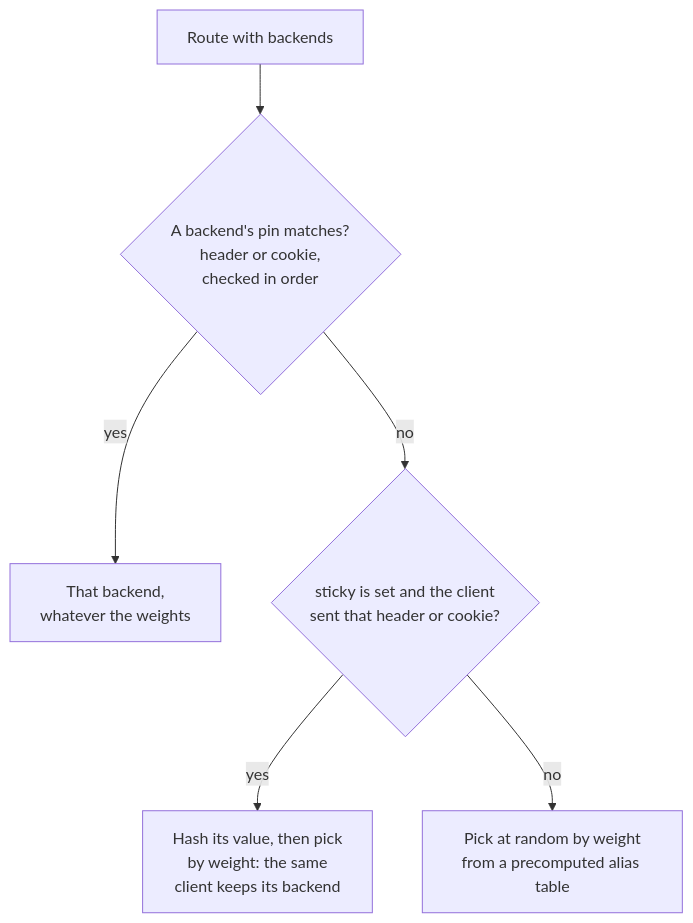
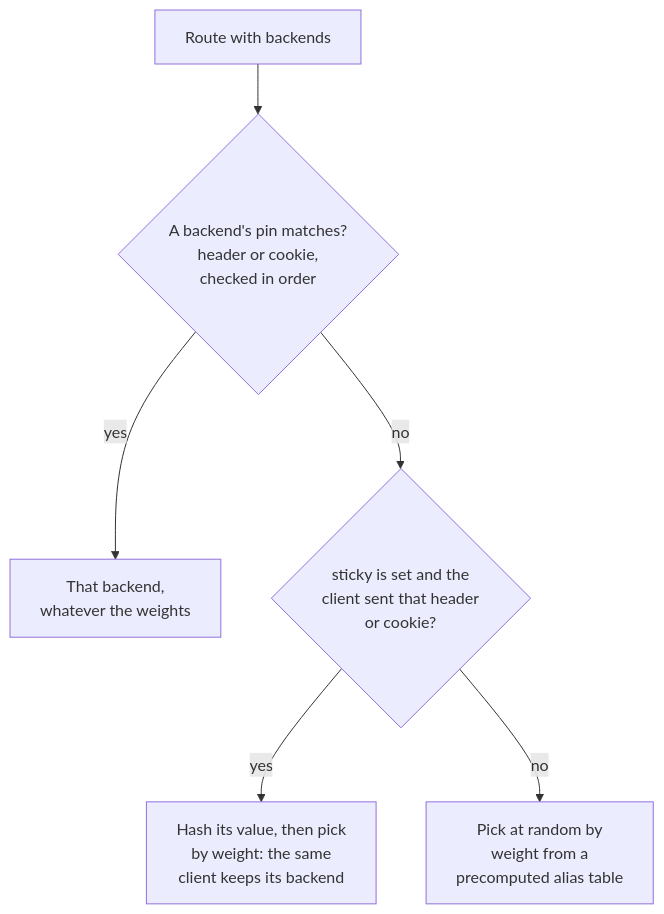
The third of 6 diagrams in docs/design/proxy-routing.md (BlivionIaG/sjws_nettask), drawn with Mermaid before and after one commit. The commit also changed other lines of this file and 19 other files, not shown here.

First line of the commit message:
docs: fix the diagrams the fact-check found imprecise

````diff
--- a/docs/design/proxy-routing.md
+++ b/docs/design/proxy-routing.md
@@ -91,8 +91,8 @@
 ```mermaid
 flowchart TD
     r["Route with backends"] --> p{"A backend's pin matches?<br/>header or cookie,<br/>checked in order"}
     p -->|yes| pb["That backend,<br/>whatever the weights"]
-    p -->|no| s{"sticky is set and the client<br/>sent that header or cookie?"}
+    p -->|no| s{"sticky is set and the<br/>client sent that header<br/>or cookie?"}
     s -->|yes| sb["Hash its value, then pick<br/>by weight: the same<br/>client keeps its backend"]
-    s -->|no| rb["Pick at random by weight<br/>from a precomputed alias table"]
+    s -->|no| rb["Pick at random by<br/>weight from a<br/>precomputed alias table"]
 ```
````
